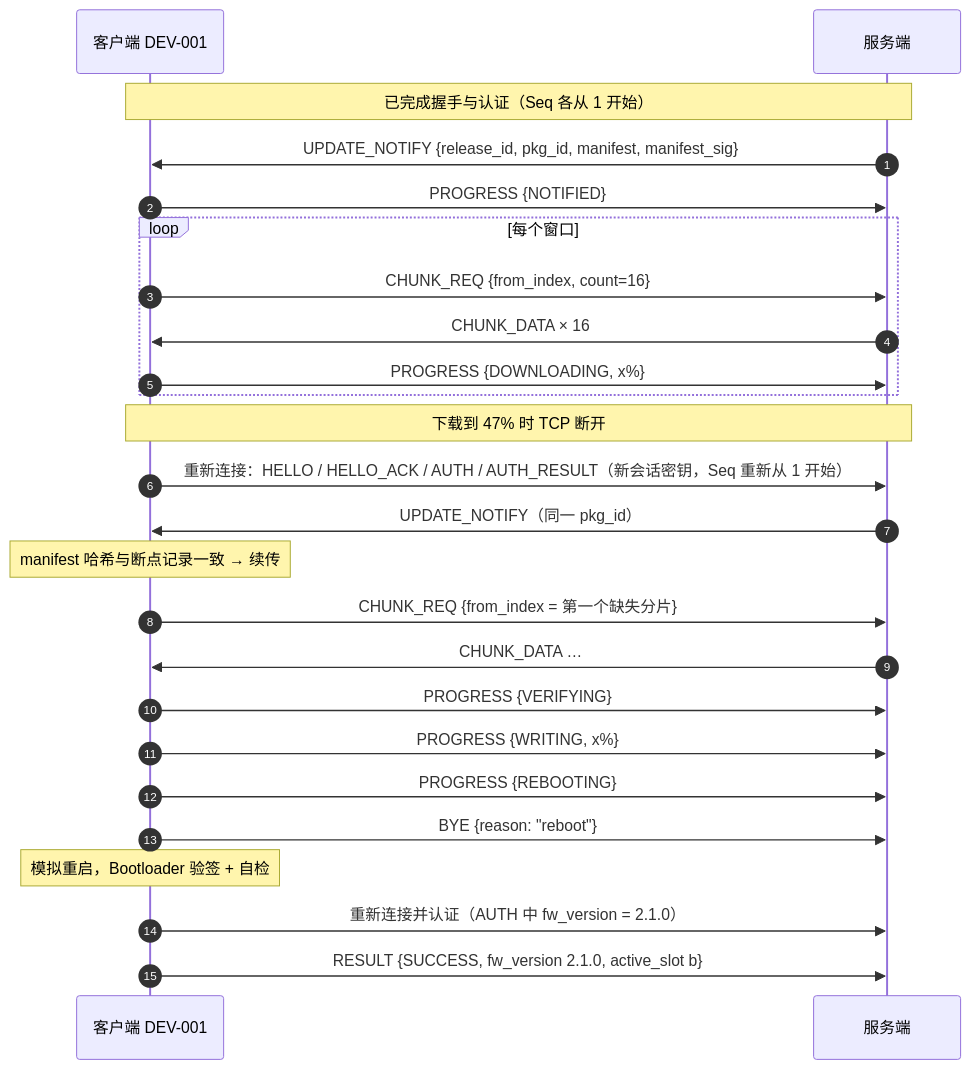
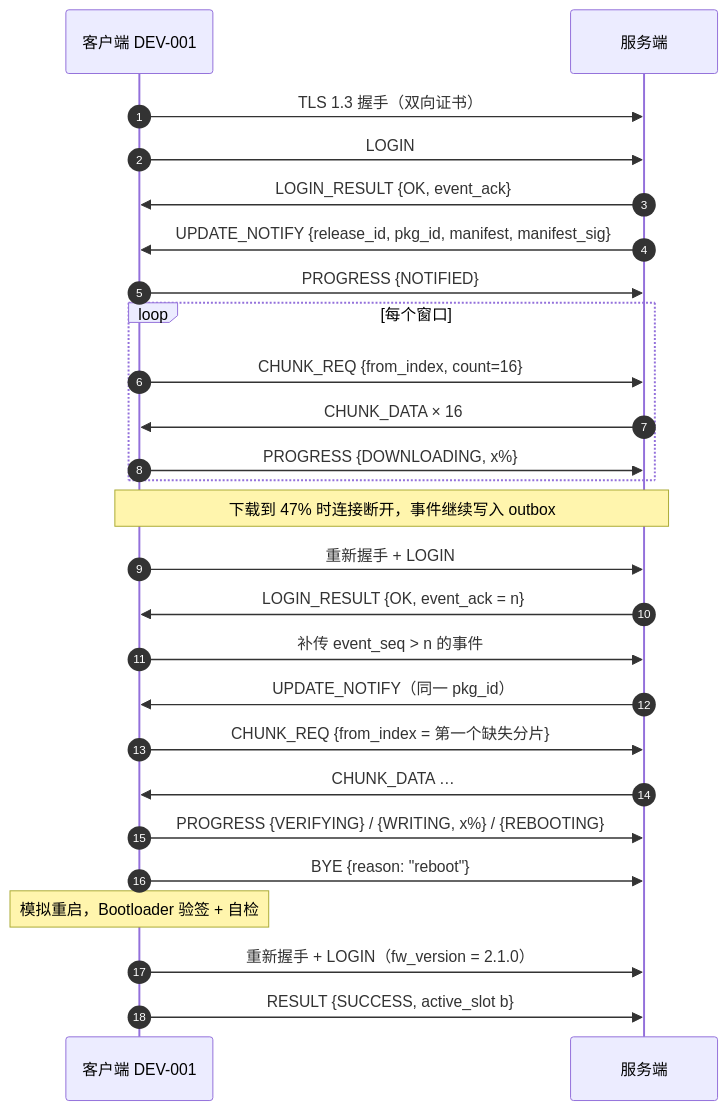
The second of 2 diagrams in docs/通信协议文档.md (ahu-iii/firmware-distribution-system), drawn with Mermaid before and after one commit. The commit also changed other lines of this file and 54 other files, not shown here.

````diff
--- a/docs/通信协议文档.md
+++ b/docs/通信协议文档.md
@@ -368,27 +349,28 @@
 ```mermaid
 sequenceDiagram
     autonumber
     participant C as 客户端 DEV-001
     participant S as 服务端
-    Note over C,S: 已完成握手与认证（Seq 各从 1 开始）
+    C->>S: TLS 1.3 握手（双向证书）
+    C->>S: LOGIN
+    S->>C: LOGIN_RESULT {OK, event_ack}
     S->>C: UPDATE_NOTIFY {release_id, pkg_id, manifest, manifest_sig}
     C->>S: PROGRESS {NOTIFIED}
     loop 每个窗口
         C->>S: CHUNK_REQ {from_index, count=16}
         S->>C: CHUNK_DATA × 16
         C->>S: PROGRESS {DOWNLOADING, x%}
     end
-    Note over C,S: 下载到 47% 时 TCP 断开
-    C->>S: 重新连接：HELLO / HELLO_ACK / AUTH / AUTH_RESULT（新会话密钥，Seq 重新从 1 开始）
+    Note over C,S: 下载到 47% 时连接断开，事件继续写入 outbox
+    C->>S: 重新握手 + LOGIN
+    S->>C: LOGIN_RESULT {OK, event_ack = n}
+    C->>S: 补传 event_seq > n 的事件
     S->>C: UPDATE_NOTIFY（同一 pkg_id）
-    Note over C: manifest 哈希与断点记录一致 → 续传
     C->>S: CHUNK_REQ {from_index = 第一个缺失分片}
     S->>C: CHUNK_DATA …
-    C->>S: PROGRESS {VERIFYING}
-    C->>S: PROGRESS {WRITING, x%}
-    C->>S: PROGRESS {REBOOTING}
+    C->>S: PROGRESS {VERIFYING} / {WRITING, x%} / {REBOOTING}
     C->>S: BYE {reason: "reboot"}
     Note over C: 模拟重启，Bootloader 验签 + 自检
-    C->>S: 重新连接并认证（AUTH 中 fw_version = 2.1.0）
-    C->>S: RESULT {SUCCESS, fw_version 2.1.0, active_slot b}
+    C->>S: 重新握手 + LOGIN（fw_version = 2.1.0）
+    C->>S: RESULT {SUCCESS, active_slot b}
 ```
````
